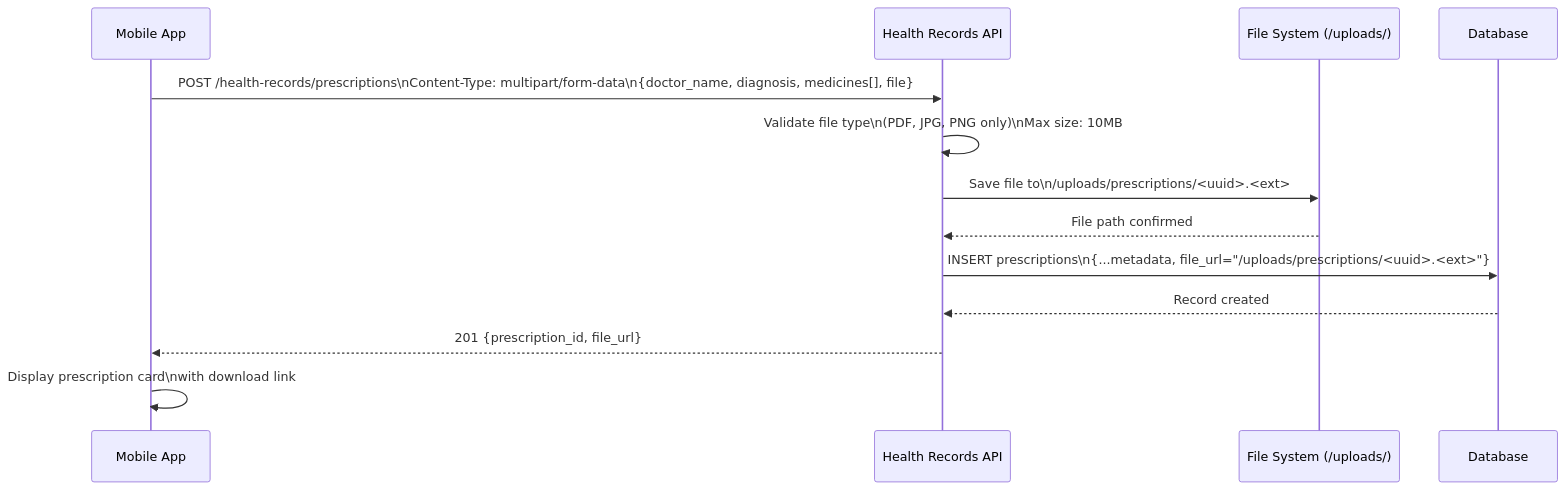
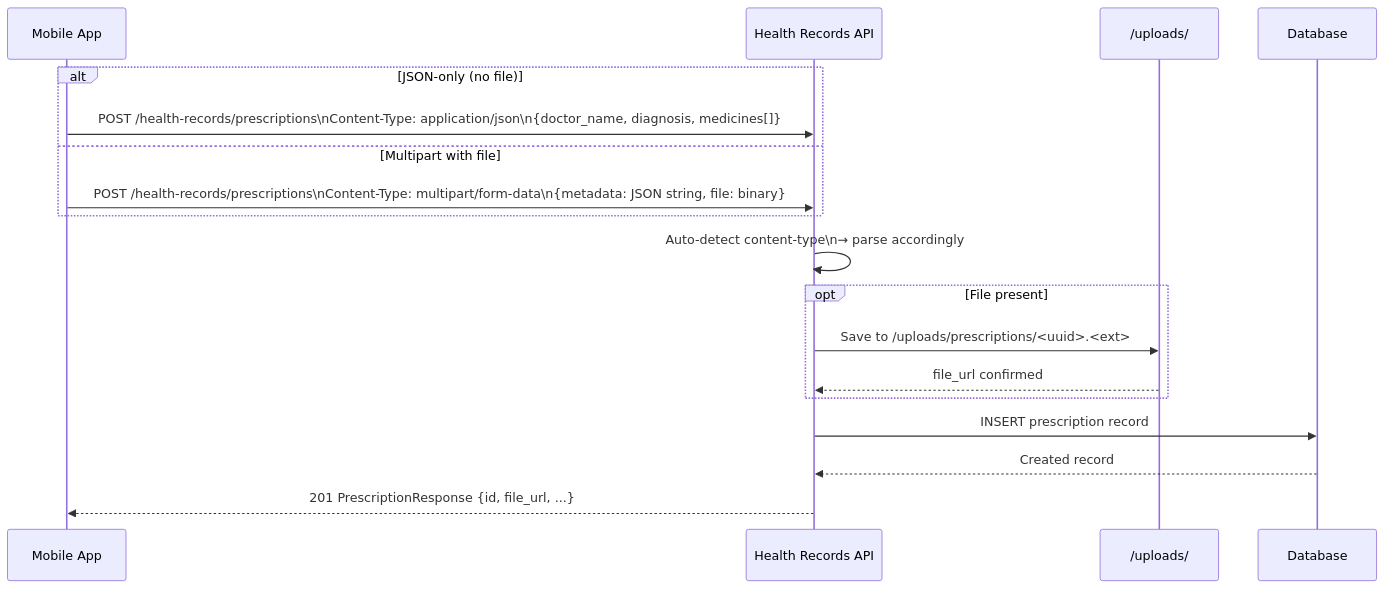
Before and after one commit to SKS-650/AI-Healthcare-Assistant-for-Rular-Areas: diagram 13 of 28 in README.md, drawn with Mermaid. The commit also changed other lines of this file and 7 other files, not shown here.

````diff
--- a/README.md
+++ b/README.md
@@ -1807,16 +1826,22 @@
 ```mermaid
 sequenceDiagram
     participant APP as Mobile App
     participant API as Health Records API
-    participant FS as File System (/uploads/)
+    participant FS as /uploads/
     participant DB as Database
 
-    APP->>API: POST /health-records/prescriptions\nContent-Type: multipart/form-data\n{doctor_name, diagnosis, medicines[], file}
-    API->>API: Validate file type\n(PDF, JPG, PNG only)\nMax size: 10MB
-    API->>FS: Save file to\n/uploads/prescriptions/<uuid>.<ext>
-    FS-->>API: File path confirmed
-    API->>DB: INSERT prescriptions\n{...metadata, file_url="/uploads/prescriptions/<uuid>.<ext>"}
-    DB-->>API: Record created
-    API-->>APP: 201 {prescription_id, file_url}
-    APP->>APP: Display prescription card\nwith download link
+    alt JSON-only (no file)
+        APP->>API: POST /health-records/prescriptions\nContent-Type: application/json\n{doctor_name, diagnosis, medicines[]}
+    else Multipart with file
+        APP->>API: POST /health-records/prescriptions\nContent-Type: multipart/form-data\n{metadata: JSON string, file: binary}
+    end
+
+    API->>API: Auto-detect content-type\n→ parse accordingly
+    opt File present
+        API->>FS: Save to /uploads/prescriptions/<uuid>.<ext>
+        FS-->>API: file_url confirmed
+    end
+    API->>DB: INSERT prescription record
+    DB-->>API: Created record
+    API-->>APP: 201 PrescriptionResponse {id, file_url, ...}
 ```
````
